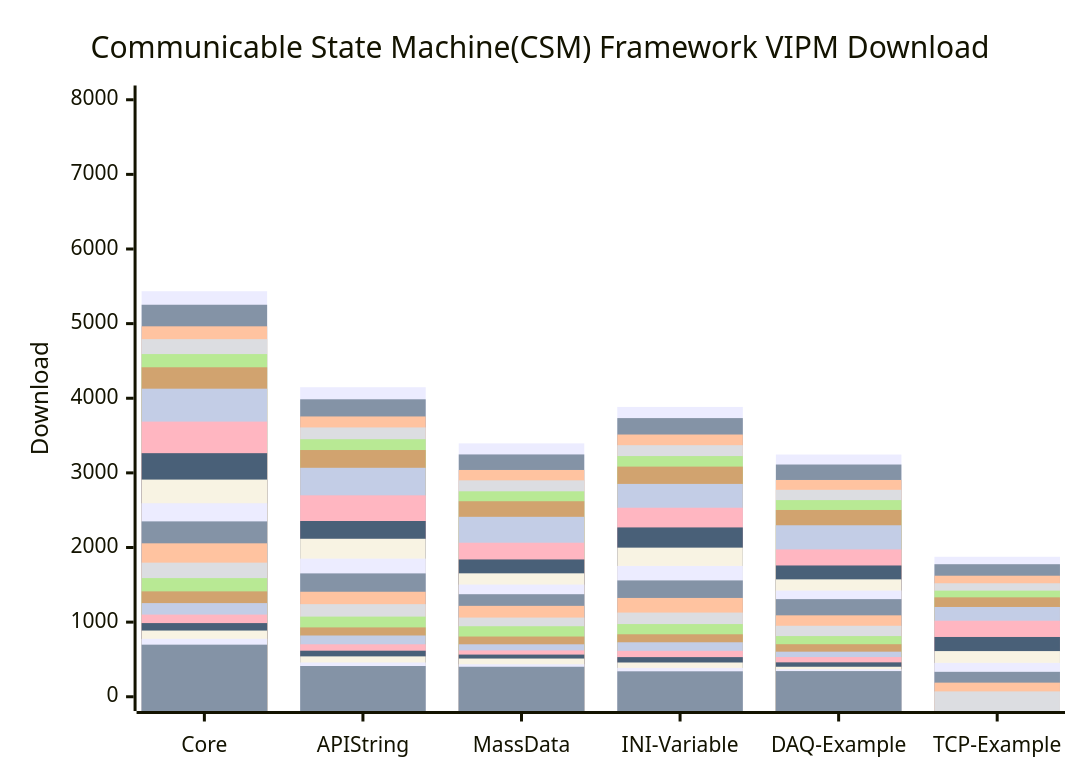
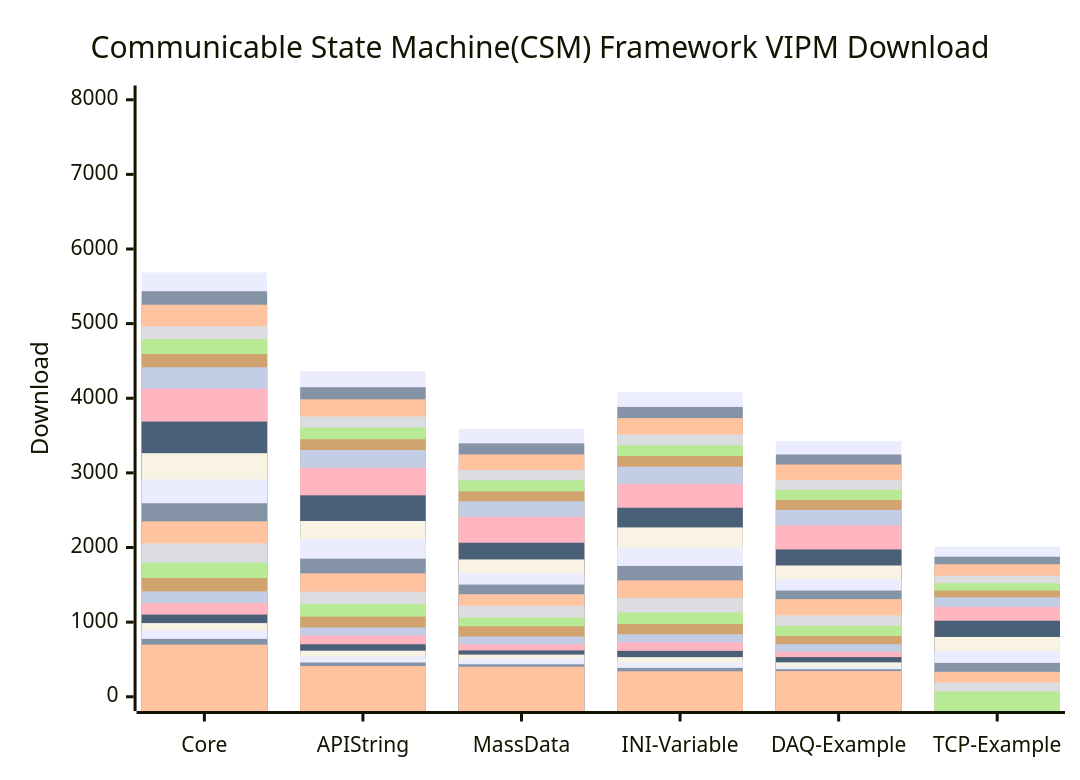
Before and after one commit to NEVSTOP-LAB/.github: the diagram in profile/README.md, drawn with Mermaid.

````diff
--- a/profile/README.md
+++ b/profile/README.md
@@ -31,28 +31,29 @@
 ```mermaid
     xychart-beta
     title "Communicable State Machine(CSM) Framework VIPM Download"
     x-axis [Core, API String, MassData, INI-Variable, DAQ-Example, TCP-Example]
     y-axis "Download" 0 --> 8000
+    bar   [5686, 4363, 3590, 4081, 3426, 2012, 2026.04]
     bar   [5434, 4148, 3395, 3884, 3246, 1876, 2026.03]
     bar   [5253, 3986, 3247, 3734, 3112, 1776, 2026.02]
     bar   [4964, 3756, 3039, 3514, 2905, 1622, 2026.01]
     bar   [4792, 3609, 2900, 3371, 2773, 1521, 2025.12]
     bar   [4592, 3451, 2753, 3225, 2635, 1422, 2025.11]
     bar   [4415, 3306, 2620, 3084, 2503, 1332, 2025.10]
     bar   [4128, 3068, 2411, 2852, 2298, 1203]
     bar   [3687, 2699, 2064, 2533, 1974, 1019]
     bar   [3264, 2355, 1840, 2269, 1759, 801]
     bar   [2910, 2117, 1654, 1998, 1573, 612]
     bar   [2593, 1851, 1503, 1753, 1423, 454]
     bar   [2350, 1653, 1374, 1559, 1308, 334]
     bar   [2056, 1407, 1218, 1324, 1091, 189]
     bar   [1797, 1241, 1061, 1128, 951, 72]
     bar   [1590, 1074, 945, 974, 813]
     bar   [1412, 929, 807, 837, 704]
     bar   [1255, 821, 703, 730, 604]
     bar   [1101, 703, 621, 615, 532]
     bar   [987, 617, 565, 531, 461]
     bar   [887, 541, 512, 459, 402]
     bar   [776, 459, 435, 387, 369]
     bar   [698, 412, 402, 341, 344]
 ```
````
